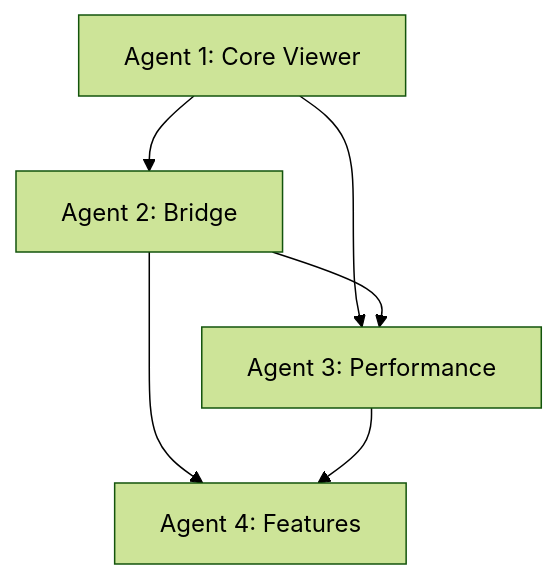
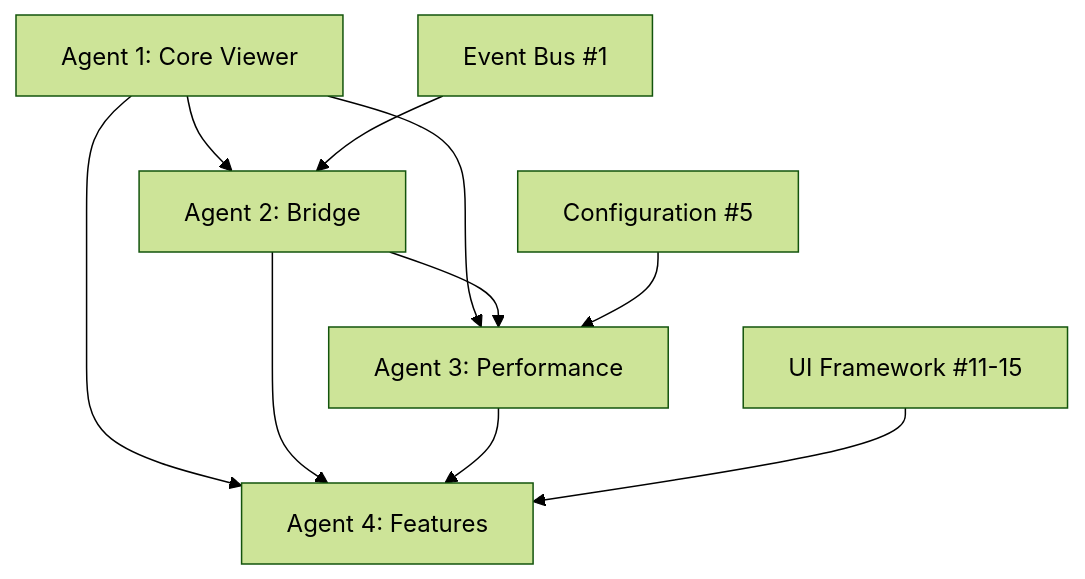
One commit to insult0o/torematrix_labs2 changed the diagram in PDFJS_COORDINATION.md. Above: the diagram before and after it, drawn with Mermaid (forest theme). The commit also changed other lines of this file and 52 other files, not shown here.

````diff
--- a/PDFJS_COORDINATION.md
+++ b/PDFJS_COORDINATION.md
@@ -100,8 +39,13 @@
 ```mermaid
 graph TD
-    A1[Agent 1: Core Viewer] --> A2[Agent 2: Bridge]
-    A1 --> A3[Agent 3: Performance]
-    A2 --> A3
-    A2 --> A4[Agent 4: Features]
-    A3 --> A4
+    A[Agent 1: Core Viewer] --> B[Agent 2: Bridge]
+    A --> C[Agent 3: Performance]
+    B --> C
+    A --> D[Agent 4: Features]
+    B --> D
+    C --> D
+    
+    E[UI Framework #11-15] --> D
+    F[Event Bus #1] --> B
+    G[Configuration #5] --> C
 ```
````
